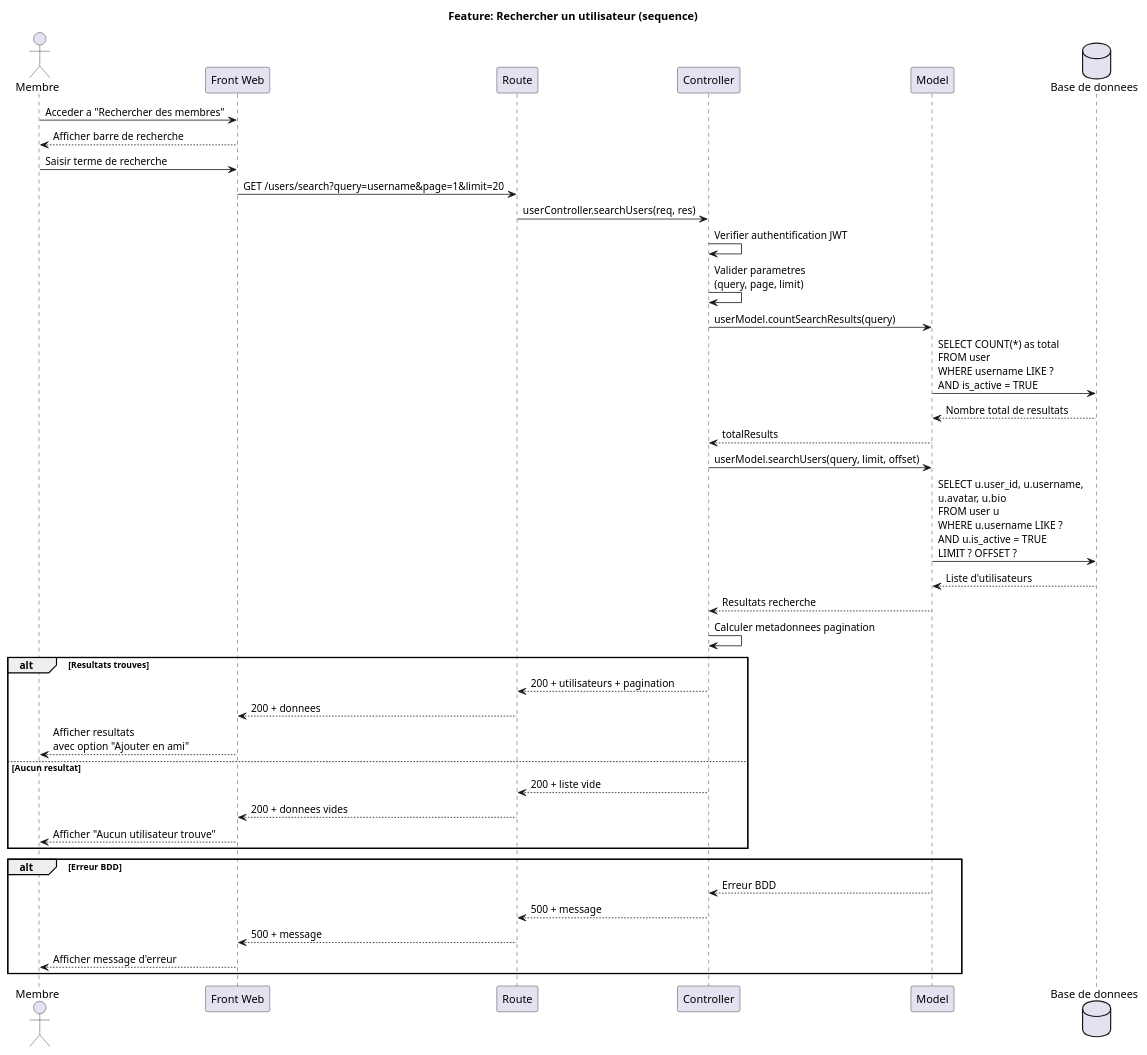
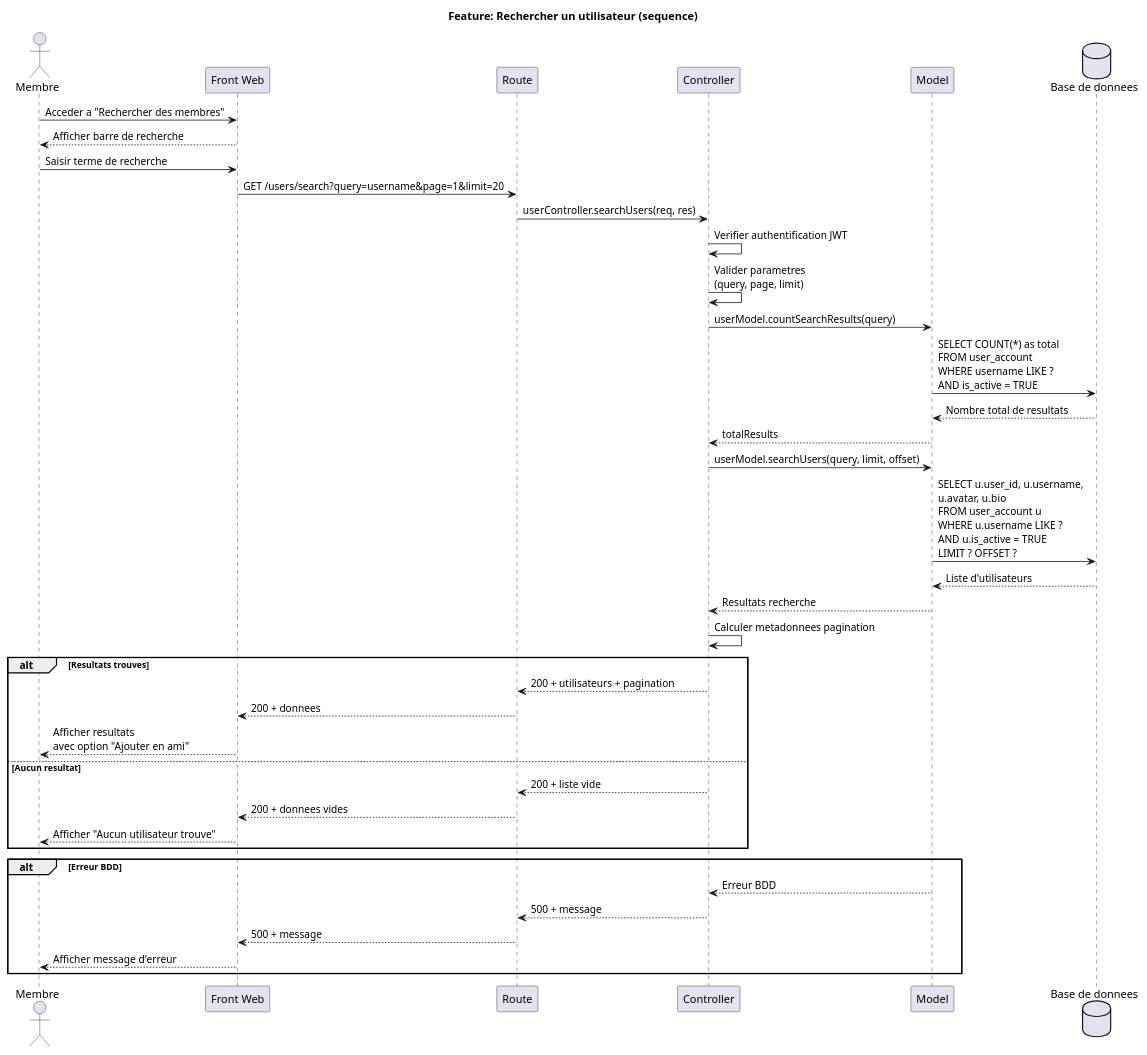
The diagram in uml/sequence/search-user.puml (Zodiarche/MyGameList), drawn with PlantUML before and after one commit. The commit also changed 19 other files, not shown here.

Commit message:
fix: user devient user_account

```diff
--- a/uml/sequence/search-user.puml
+++ b/uml/sequence/search-user.puml
@@ -1,45 +1,45 @@
 @startuml Feature_RechercherUtilisateur_Sequence
 title Feature: Rechercher un utilisateur (sequence)
 actor Membre
 participant "Front Web" as Front
 participant "Route" as Route
 participant "Controller" as Controller
 participant "Model" as Model
 database "Base de donnees" as BDD
 
 Membre -> Front: Acceder a "Rechercher des membres"
 Front --> Membre: Afficher barre de recherche
 Membre -> Front: Saisir terme de recherche
 Front -> Route: GET /users/search?query=username&page=1&limit=20
 Route -> Controller: userController.searchUsers(req, res)
 Controller -> Controller: Verifier authentification JWT
 Controller -> Controller: Valider parametres\n(query, page, limit)
 Controller -> Model: userModel.countSearchResults(query)
-Model -> BDD: SELECT COUNT(*) as total\nFROM user\nWHERE username LIKE ?\nAND is_active = TRUE
+Model -> BDD: SELECT COUNT(*) as total\nFROM user_account\nWHERE username LIKE ?\nAND is_active = TRUE
 BDD --> Model: Nombre total de resultats
 Model --> Controller: totalResults
 
 Controller -> Model: userModel.searchUsers(query, limit, offset)
-Model -> BDD: SELECT u.user_id, u.username,\nu.avatar, u.bio\nFROM user u\nWHERE u.username LIKE ?\nAND u.is_active = TRUE\nLIMIT ? OFFSET ?
+Model -> BDD: SELECT u.user_id, u.username,\nu.avatar, u.bio\nFROM user_account u\nWHERE u.username LIKE ?\nAND u.is_active = TRUE\nLIMIT ? OFFSET ?
 BDD --> Model: Liste d'utilisateurs
 Model --> Controller: Resultats recherche
 
 Controller -> Controller: Calculer metadonnees pagination
 
 alt Resultats trouves
 Controller --> Route: 200 + utilisateurs + pagination
 Route --> Front: 200 + donnees
 Front --> Membre: Afficher resultats\navec option "Ajouter en ami"
 else Aucun resultat
 Controller --> Route: 200 + liste vide
 Route --> Front: 200 + donnees vides
 Front --> Membre: Afficher "Aucun utilisateur trouve"
 end
 
 alt Erreur BDD
 Model --> Controller: Erreur BDD
 Controller --> Route: 500 + message
 Route --> Front: 500 + message
 Front --> Membre: Afficher message d'erreur
 end
 @enduml
```
